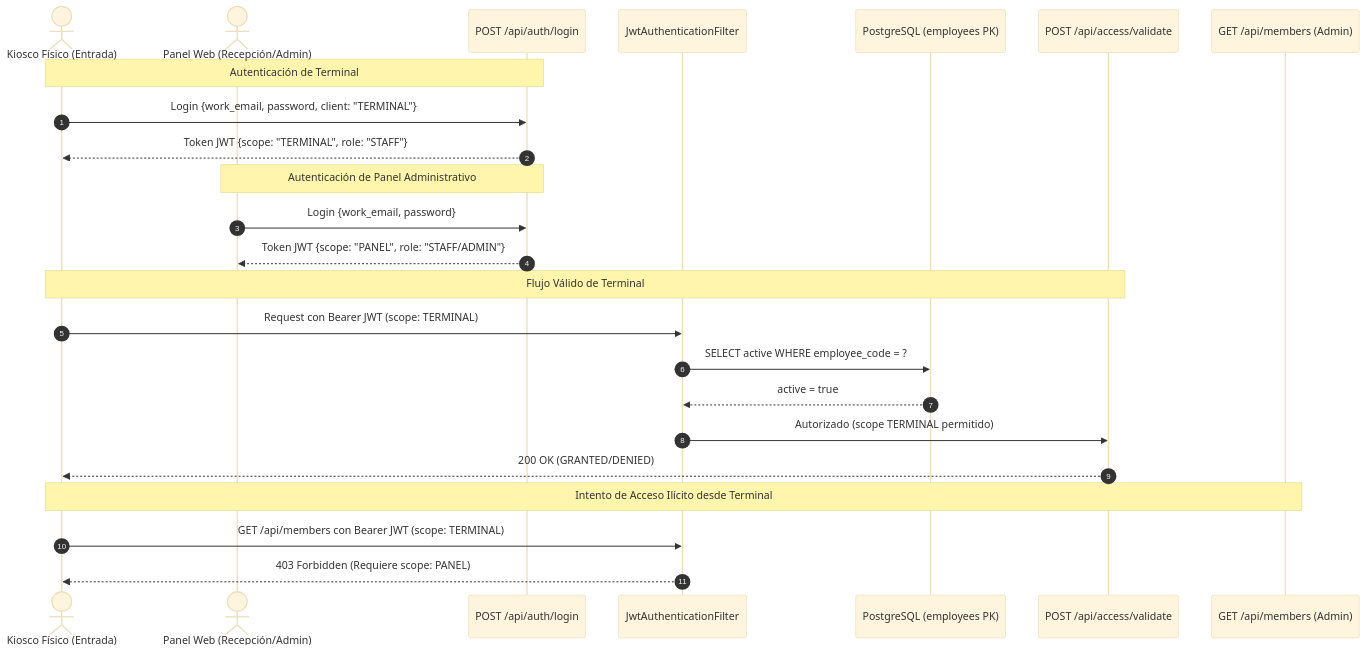
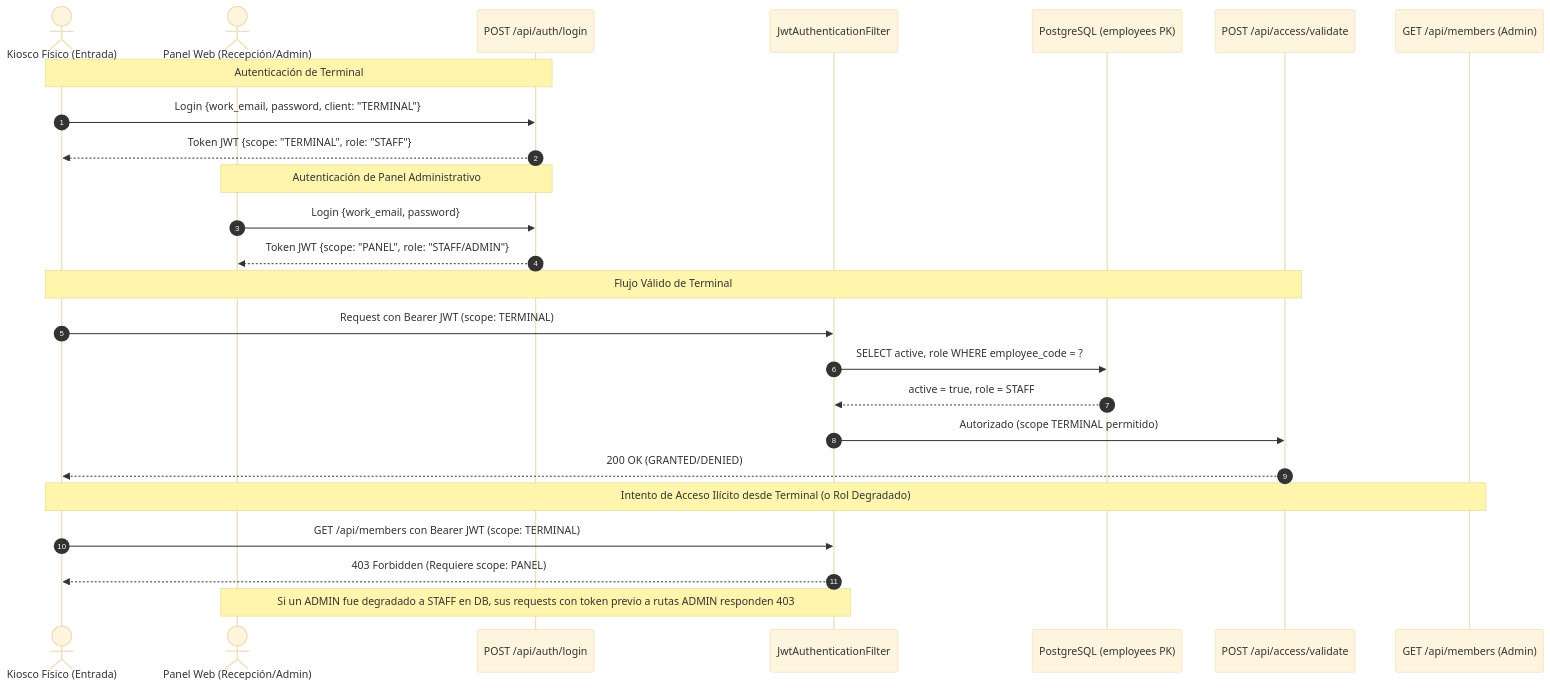
One commit to santiagovOK/TFI_grupo144 changed the diagram in docs/adr/ADR-0012-autenticacion-stateless-jwt-segregacion-alcance-dual.md. Above: the diagram before and after it, drawn with Mermaid (base theme). The commit also changed other lines of this file and 8 other files, not shown here.

Commit message:
docs(adr): clarify decision guarantees and planned architecture records

````diff
--- a/docs/adr/ADR-0012-autenticacion-stateless-jwt-segregacion-alcance-dual.md
+++ b/docs/adr/ADR-0012-autenticacion-stateless-jwt-segregacion-alcance-dual.md
@@ -58,30 +59,31 @@
 ```mermaid
 sequenceDiagram
     autonumber
     actor Terminal as Kiosco Físico (Entrada)
     actor AdminPanel as Panel Web (Recepción/Admin)
     participant AuthEndpoint as POST /api/auth/login
     participant Filter as JwtAuthenticationFilter
     participant DB as PostgreSQL (employees PK)
     participant ApiAccess as POST /api/access/validate
     participant ApiMembers as GET /api/members (Admin)
 
     Note over Terminal, AuthEndpoint: Autenticación de Terminal
     Terminal->>AuthEndpoint: Login {work_email, password, client: "TERMINAL"}
     AuthEndpoint-->>Terminal: Token JWT {scope: "TERMINAL", role: "STAFF"}
 
     Note over AdminPanel, AuthEndpoint: Autenticación de Panel Administrativo
     AdminPanel->>AuthEndpoint: Login {work_email, password}
     AuthEndpoint-->>AdminPanel: Token JWT {scope: "PANEL", role: "STAFF/ADMIN"}
 
     Note over Terminal, ApiAccess: Flujo Válido de Terminal
     Terminal->>Filter: Request con Bearer JWT (scope: TERMINAL)
-    Filter->>DB: SELECT active WHERE employee_code = ?
-    DB-->>Filter: active = true
+    Filter->>DB: SELECT active, role WHERE employee_code = ?
+    DB-->>Filter: active = true, role = STAFF
     Filter->>ApiAccess: Autorizado (scope TERMINAL permitido)
     ApiAccess-->>Terminal: 200 OK (GRANTED/DENIED)
 
-    Note over Terminal, ApiMembers: Intento de Acceso Ilícito desde Terminal
+    Note over Terminal, ApiMembers: Intento de Acceso Ilícito desde Terminal (o Rol Degradado)
     Terminal->>Filter: GET /api/members con Bearer JWT (scope: TERMINAL)
     Filter-->>Terminal: 403 Forbidden (Requiere scope: PANEL)
+    Note over AdminPanel, Filter: Si un ADMIN fue degradado a STAFF en DB, sus requests con token previo a rutas ADMIN responden 403
 ```
````
